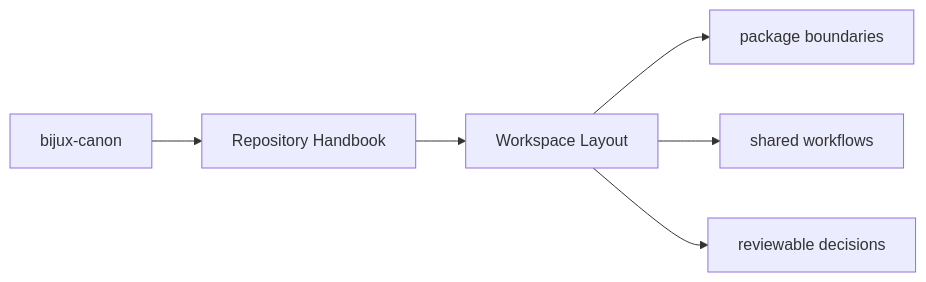
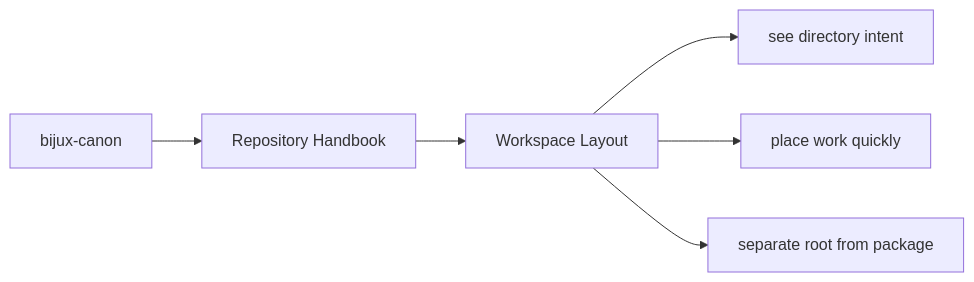
One commit to bijux/bijux-canon changed the first of 2 diagrams in docs/bijux-canon/workspace-layout.md. Above: the diagram before and after it, drawn with Mermaid. The commit also changed other lines of this file and 11 other files, not shown here.

Commit message:
docs(diagrams): clarify root handbook maps

````diff
--- a/docs/bijux-canon/workspace-layout.md
+++ b/docs/bijux-canon/workspace-layout.md
@@ -21,11 +21,11 @@
 ```mermaid
 flowchart LR
     scope["bijux-canon"] --> section["Repository Handbook"]
     section --> page["Workspace Layout"]
-    dest1["package boundaries"]
-    dest2["shared workflows"]
-    dest3["reviewable decisions"]
+    dest1["see directory intent"]
+    dest2["place work quickly"]
+    dest3["separate root from package"]
     page --> dest1
     page --> dest2
     page --> dest3
 ```
````
